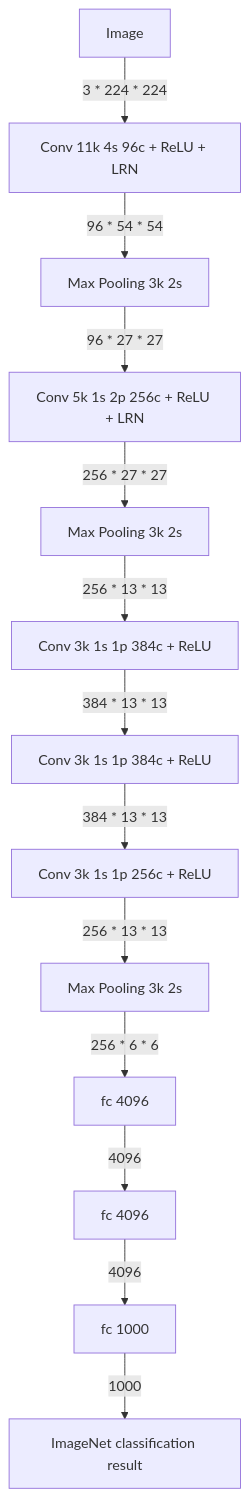
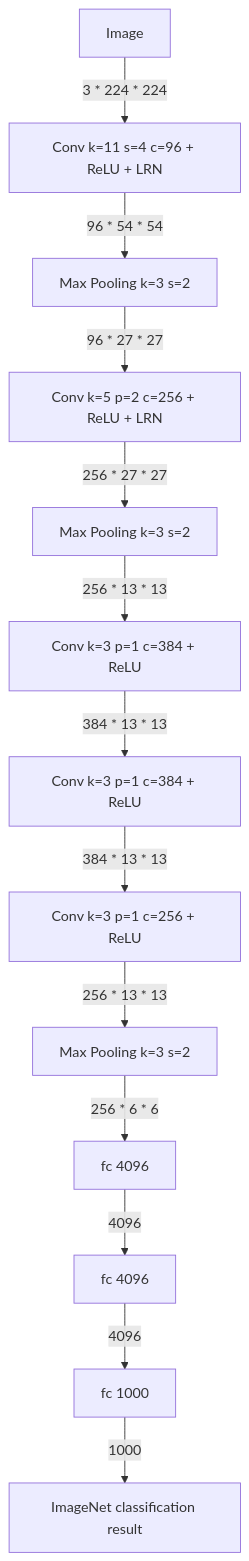
Before and after one commit to ybch14/ybch14.github.io: the diagram in ImageNet_evolution/AlexNet.md, drawn with Mermaid. The commit also changed 1 other file, not shown here.

Commit message:
Update GoogLeNet

```diff
--- a/ImageNet_evolution/AlexNet.md
+++ b/ImageNet_evolution/AlexNet.md
@@ -37,28 +37,28 @@
 <div class="mermaid" id="mermaid-graph" style="display: block">
     graph TD;
     image["Image"];
-    conv1["Conv 11k 4s 96c + ReLU + LRN"];
-    pool1["Max Pooling 3k 2s"];
-    conv2["Conv 5k 1s 2p 256c + ReLU + LRN"];
-    pool2["Max Pooling 3k 2s"];
-    conv3["Conv 3k 1s 1p 384c + ReLU"];
-    conv4["Conv 3k 1s 1p 384c + ReLU"];
-    conv5["Conv 3k 1s 1p 256c + ReLU"];
-    pool5["Max Pooling 3k 2s"];
+    conv1["Conv k=11 s=4 c=96 + ReLU + LRN"];
+    pool1["Max Pooling k=3 s=2"];
+    conv2["Conv k=5 p=2 c=256 + ReLU + LRN"];
+    pool2["Max Pooling k=3 s=2"];
+    conv3["Conv k=3 p=1 c=384 + ReLU"];
+    conv4["Conv k=3 p=1 c=384 + ReLU"];
+    conv5["Conv k=3 p=1 c=256 + ReLU"];
+    pool5["Max Pooling k=3 s=2"];
     fc6["fc 4096"];
     fc7["fc 4096"];
     fc8["fc 1000"];
     pred["ImageNet classification result"];
     image -->|"3 * 224 * 224"| conv1;
     conv1 -->|"96 * 54 * 54"| pool1;
     pool1 -->|"96 * 27 * 27"| conv2;
     conv2 -->|"256 * 27 * 27"| pool2;
     pool2 -->|"256 * 13 * 13"| conv3;
     conv3 -->|"384 * 13 * 13"| conv4;
     conv4 -->|"384 * 13 * 13"| conv5;
     conv5 -->|"256 * 13 * 13"| pool5;
     pool5 -->|"256 * 6 * 6"| fc6;
     fc6 -->|"4096"| fc7;
     fc7 -->|"4096"| fc8;
     fc8 -->|"1000"| pred;
 </div>
```
